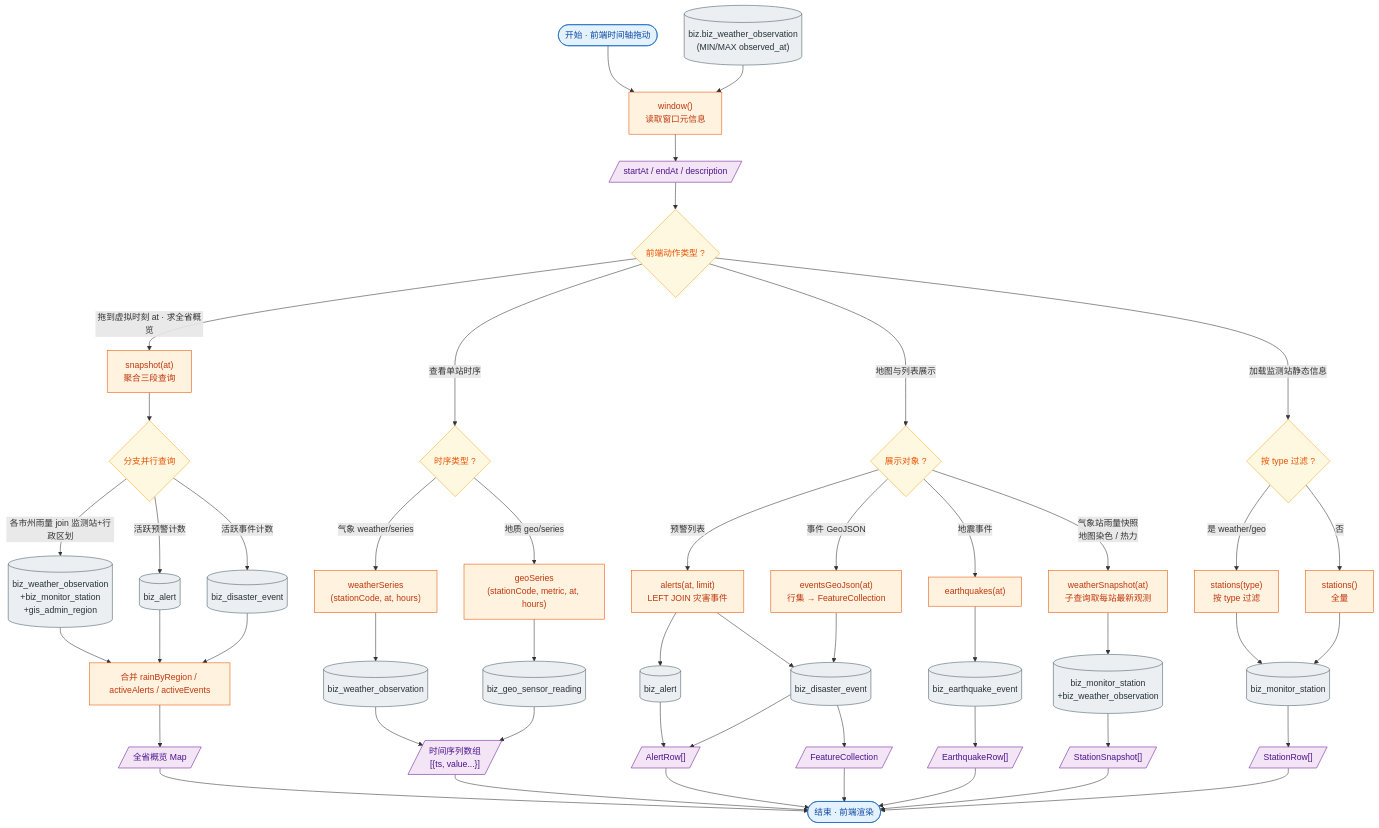
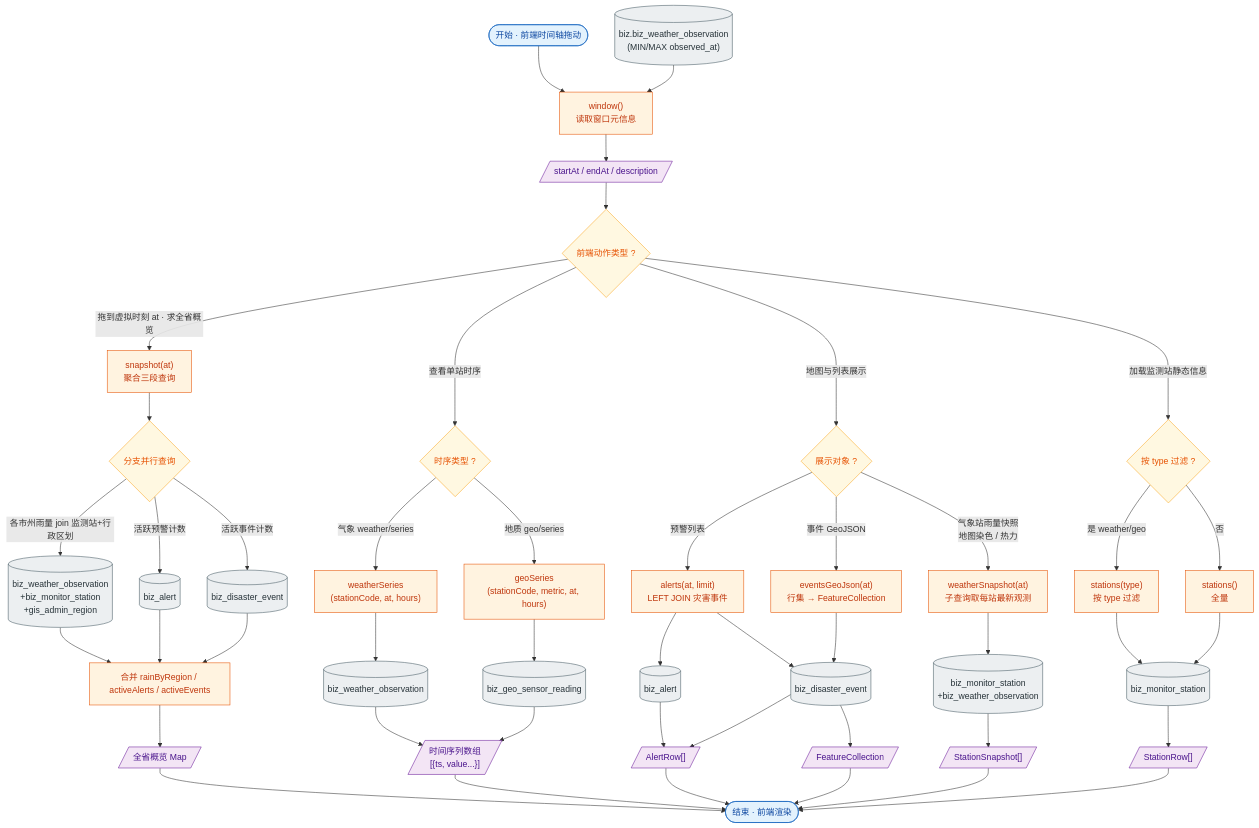
The diagram in docs/接口文档-ReplayController.md (zzzauly0v0/GCSJ-4), drawn with Mermaid before and after one commit. The commit also changed other lines of this file and 54 other files, not shown here.

````diff
--- a/docs/接口文档-ReplayController.md
+++ b/docs/接口文档-ReplayController.md
@@ -110,30 +105,25 @@
     Q2A --> OUT2
     Q2B --> OUT2
 
-    %% ---------- 预警 / 事件 / 地震 ----------
+    %% ---------- 预警 / 事件 ----------
     D1 -->|地图与列表展示| D3{"展示对象 ?"}:::decision
     D3 -->|预警列表| P3A["alerts(at, limit)<br/>LEFT JOIN 灾害事件"]:::process
     D3 -->|事件 GeoJSON| P3B["eventsGeoJson(at)<br/>行集 → FeatureCollection"]:::process
-    D3 -->|地震事件| P3C["earthquakes(at)"]:::process
     D3 -->|气象站雨量快照<br/>地图染色 / 热力| P3D["weatherSnapshot(at)<br/>子查询取每站最新观测"]:::process
     Q3A[("biz_alert")]:::store
     Q3B[("biz_disaster_event")]:::store
-    Q3C[("biz_earthquake_event")]:::store
     Q3D[("biz_monitor_station<br/>+biz_weather_observation")]:::store
     P3A --> Q3A
     P3A --> Q3B
     P3B --> Q3B
-    P3C --> Q3C
     P3D --> Q3D
 
     OUT3A[/"AlertRow[]"/]:::io
     OUT3B[/"FeatureCollection"/]:::io
-    OUT3C[/"EarthquakeRow[]"/]:::io
     OUT3D[/"StationSnapshot[]"/]:::io
     Q3A --> OUT3A
     Q3B --> OUT3A
     Q3B --> OUT3B
-    Q3C --> OUT3C
     Q3D --> OUT3D
 
     %% ---------- 静态站点 ----------
@@ -151,7 +141,6 @@
     OUT2 --> END1
     OUT3A --> END1
     OUT3B --> END1
-    OUT3C --> END1
     OUT3D --> END1
     OUT4 --> END1
 ```
````
